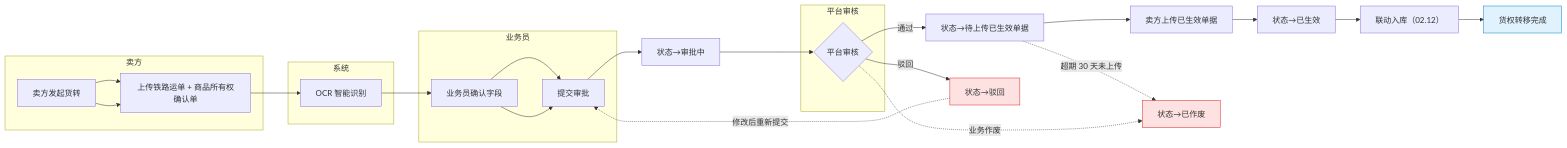
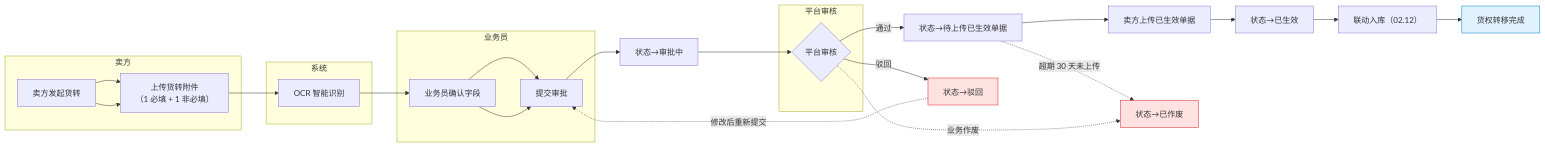
The first of 5 diagrams in docs-v2/02.07-货转管理.md (Ummyue/gyt-admin), drawn with Mermaid before and after one commit. The commit also changed other lines of this file and 40 other files, not shown here.

````diff
--- a/docs-v2/02.07-货转管理.md
+++ b/docs-v2/02.07-货转管理.md
@@ -165,29 +183,29 @@
 ```mermaid
 flowchart LR
     subgraph SELLER["卖方"]
-        A["卖方发起货转"] --> B["上传铁路运单 + 商品所有权确认单"]
+        A["卖方发起货转"] --> B["上传货转附件<br/>（1 必填 + 1 非必填）"]
     end
     subgraph SYS["系统"]
         C["OCR 智能识别"]
     end
     subgraph SALES["业务员"]
         D["业务员确认字段"] --> E["提交审批"]
     end
     subgraph PLATFORM["平台审核"]
         G{"平台审核"}
     end
     A --> B --> C --> D --> E --> F["状态→审批中"] --> G
     G -->|通过| H["状态→待上传已生效单据"]
     G -->|驳回| I["状态→驳回"]
     H --> J["卖方上传已生效单据"] --> K["状态→已生效"]
     K --> L["联动入库（02.12）"]
     I -.->|修改后重新提交| E
     H -.->|超期 30 天未上传| M["状态→已作废"]
     G -.->|业务作废| M
     L --> end_eff["货权转移完成"]
 
     classDef danger fill:#fee2e2,stroke:#dc2626
     classDef endnode fill:#e0f2fe,stroke:#0284c7
     class I,M danger
     class end_eff endnode
 ```
````
